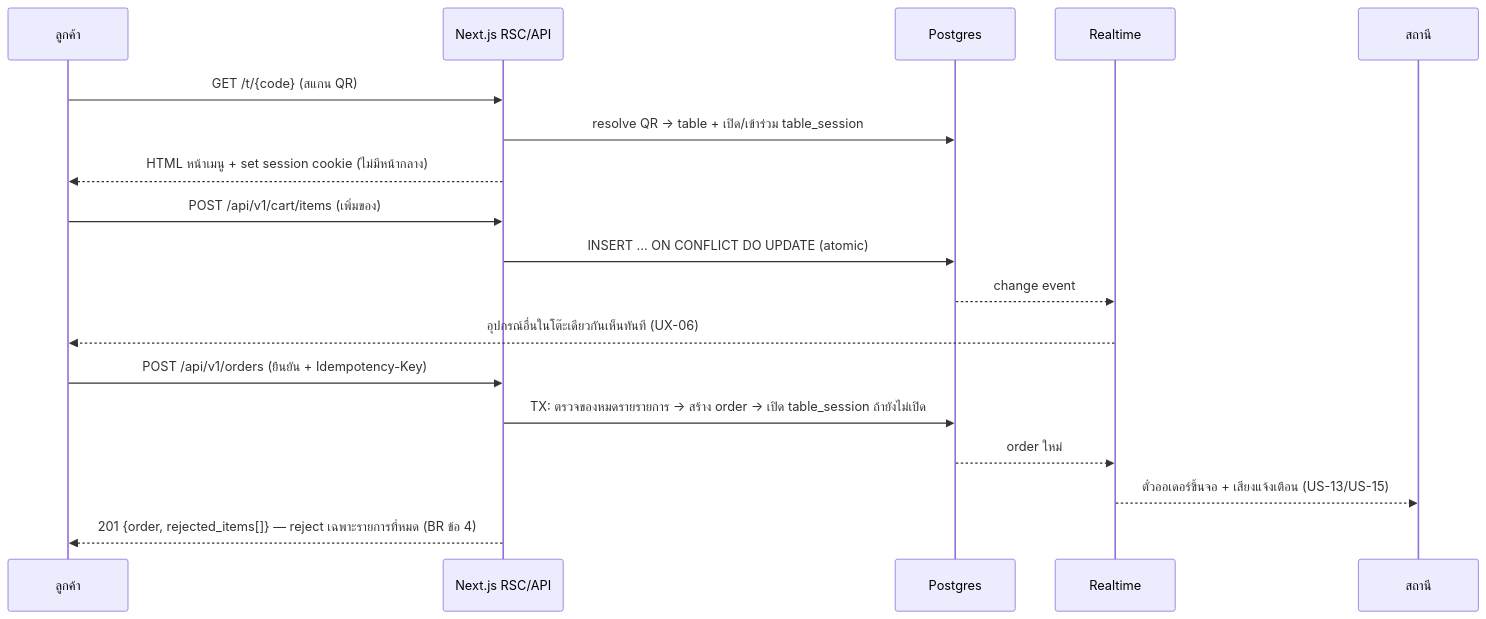
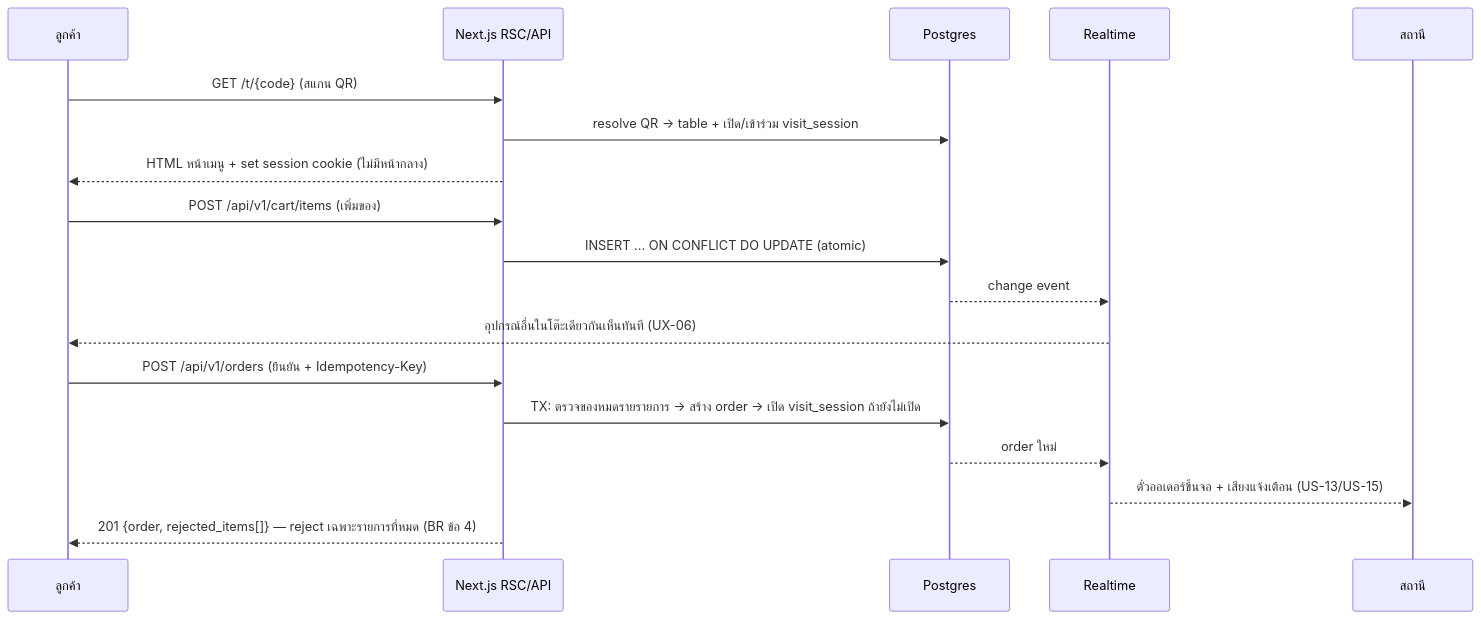
The second of 2 diagrams in docs/02-design/02-technical/architecture-v1.md (korakotcha06-dev/demo-project), drawn with Mermaid before and after one commit. The commit also changed other lines of this file and 8 other files, not shown here.

````diff
--- a/docs/02-design/02-technical/architecture-v1.md
+++ b/docs/02-design/02-technical/architecture-v1.md
@@ -184,21 +184,21 @@
 ```mermaid
 sequenceDiagram
     participant ลูกค้า
     participant Next as Next.js RSC/API
     participant PG as Postgres
     participant RT as Realtime
     participant สถานี
 
     ลูกค้า->>Next: GET /t/{code} (สแกน QR)
-    Next->>PG: resolve QR → table + เปิด/เข้าร่วม table_session
+    Next->>PG: resolve QR → table + เปิด/เข้าร่วม visit_session
     Next-->>ลูกค้า: HTML หน้าเมนู + set session cookie (ไม่มีหน้ากลาง)
     ลูกค้า->>Next: POST /api/v1/cart/items (เพิ่มของ)
     Next->>PG: INSERT ... ON CONFLICT DO UPDATE (atomic)
     PG-->>RT: change event
     RT-->>ลูกค้า: อุปกรณ์อื่นในโต๊ะเดียวกันเห็นทันที (UX-06)
     ลูกค้า->>Next: POST /api/v1/orders (ยืนยัน + Idempotency-Key)
-    Next->>PG: TX: ตรวจของหมดรายรายการ → สร้าง order → เปิด table_session ถ้ายังไม่เปิด
+    Next->>PG: TX: ตรวจของหมดรายรายการ → สร้าง order → เปิด visit_session ถ้ายังไม่เปิด
     PG-->>RT: order ใหม่
     RT-->>สถานี: ตั๋วออเดอร์ขึ้นจอ + เสียงแจ้งเตือน (US-13/US-15)
     Next-->>ลูกค้า: 201 {order, rejected_items[]} — reject เฉพาะรายการที่หมด (BR ข้อ 4)
 ```
````
